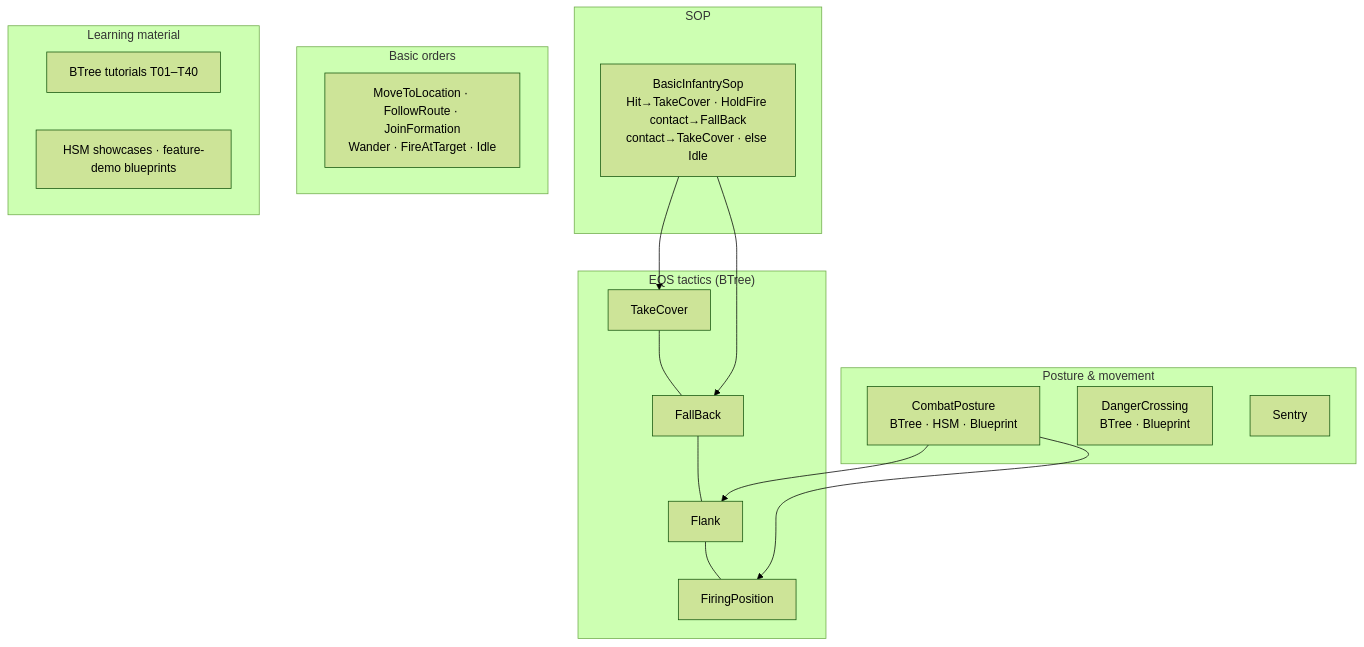
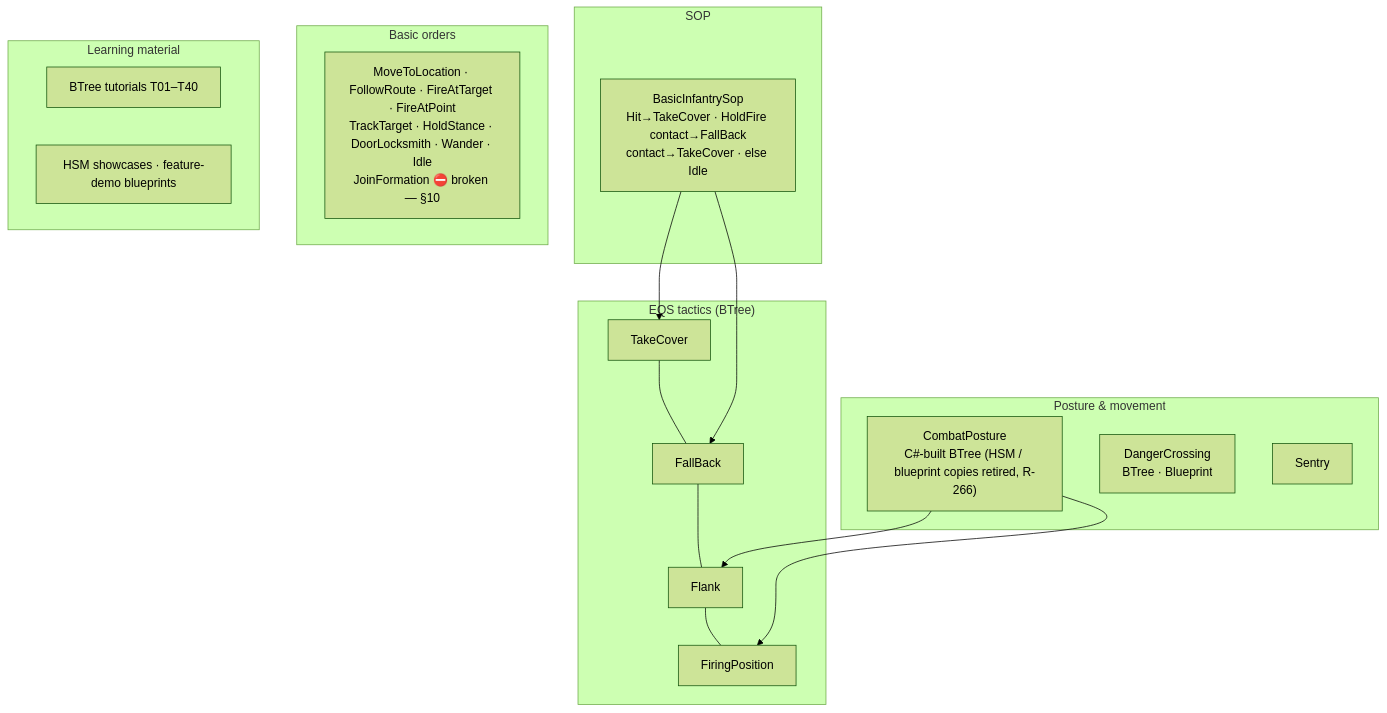
One commit to pjanec/HROT changed the sixth of 10 diagrams in docs/OVERVIEW_Behaviour_Building_Blocks.md. Above: the diagram before and after it, drawn with Mermaid (forest theme). The commit also changed other lines of this file and 5 other files, not shown here.

````diff
--- a/docs/OVERVIEW_Behaviour_Building_Blocks.md
+++ b/docs/OVERVIEW_Behaviour_Building_Blocks.md
@@ -186,25 +199,25 @@
 ```mermaid
 graph TD
   subgraph TAC["EQS tactics (BTree)"]
     a1["TakeCover"] --- a2["FallBack"] --- a3["Flank"] --- a4["FiringPosition"]
   end
   subgraph POS["Posture & movement"]
-    b1["CombatPosture<br/>BTree · HSM · Blueprint"]
+    b1["CombatPosture<br/>C#-built BTree (HSM / blueprint copies retired, R-266)"]
     b2["DangerCrossing<br/>BTree · Blueprint"]
     b3["Sentry"]
   end
   subgraph SOPB["SOP"]
     c1["BasicInfantrySop<br/>Hit→TakeCover · HoldFire contact→FallBack<br/>contact→TakeCover · else Idle"]
   end
   subgraph BASIC["Basic orders"]
-    d1["MoveToLocation · FollowRoute · JoinFormation<br/>Wander · FireAtTarget · Idle"]
+    d1["MoveToLocation · FollowRoute · FireAtTarget · FireAtPoint<br/>TrackTarget · HoldStance · DoorLocksmith · Wander · Idle<br/>JoinFormation ⛔ broken — §10"]
   end
   subgraph LEARN["Learning material"]
     e1["BTree tutorials T01–T40"]
     e2["HSM showcases · feature-demo blueprints"]
   end
   c1 --> a1
   c1 --> a2
   b1 --> a3
   b1 --> a4
 ```
````
